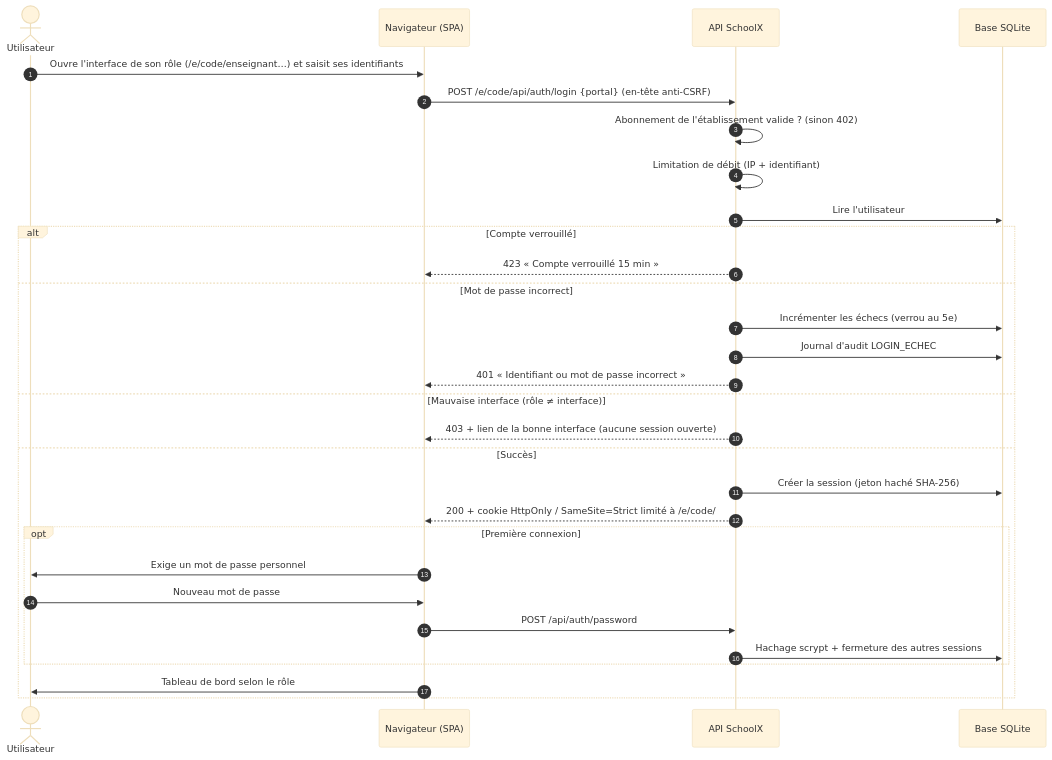
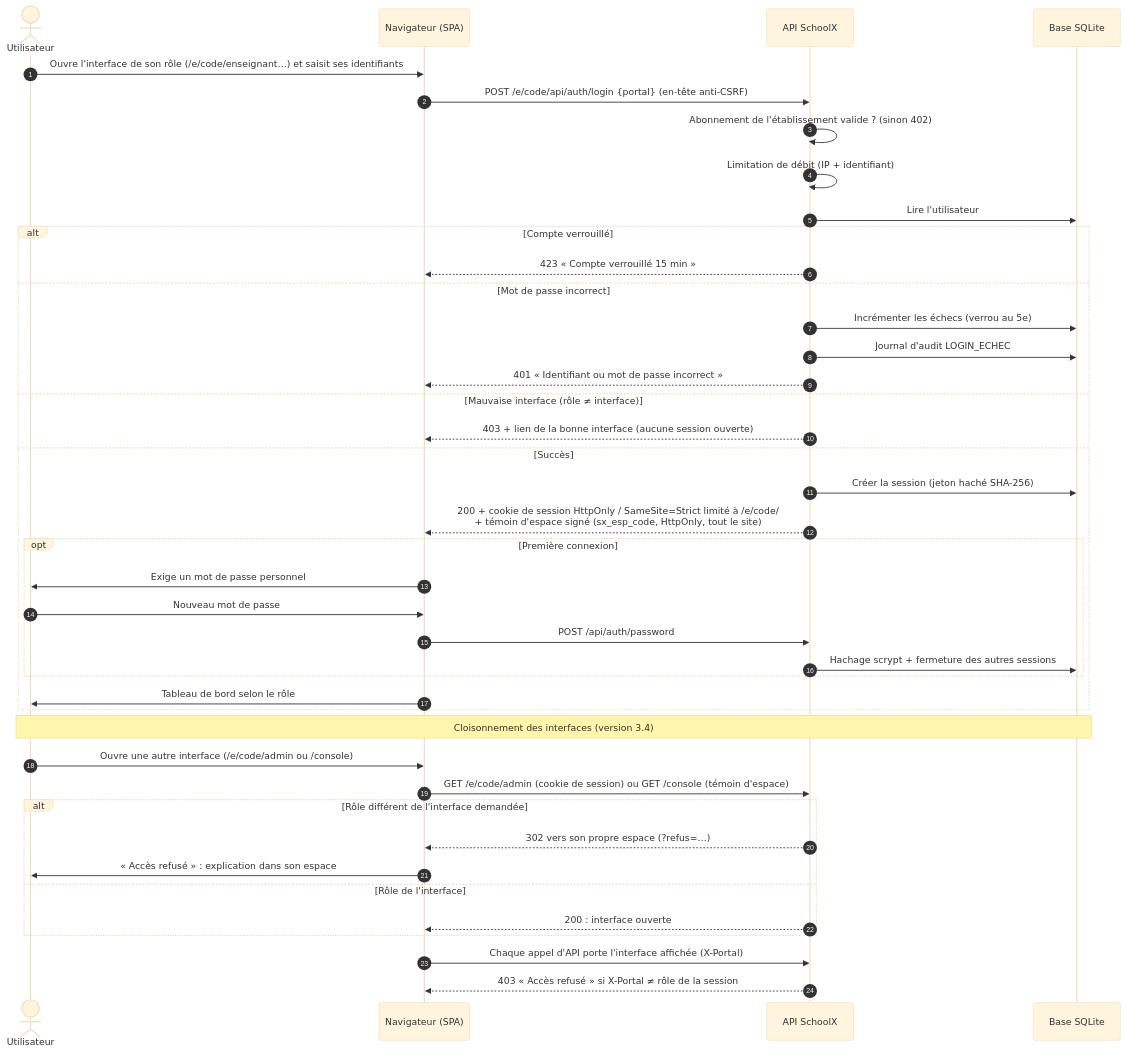
Before and after one commit to ANDJE30/MY_WORLD: the diagram in docs/uml/04_seq_authentification.mmd, drawn with Mermaid (base theme). The commit also changed 78 other files, not shown here.

```diff
--- a/docs/uml/04_seq_authentification.mmd
+++ b/docs/uml/04_seq_authentification.mmd
@@ -1,30 +1,41 @@
 sequenceDiagram
   autonumber
   actor U as Utilisateur
   participant N as Navigateur (SPA)
   participant API as API SchoolX
   participant DB as Base SQLite
   U->>N: Ouvre l'interface de son rôle (/e/code/enseignant…) et saisit ses identifiants
   N->>API: POST /e/code/api/auth/login {portal} (en-tête anti-CSRF)
   API->>API: Abonnement de l'établissement valide ? (sinon 402)
   API->>API: Limitation de débit (IP + identifiant)
   API->>DB: Lire l'utilisateur
   alt Compte verrouillé
     API-->>N: 423 « Compte verrouillé 15 min »
   else Mot de passe incorrect
     API->>DB: Incrémenter les échecs (verrou au 5e)
     API->>DB: Journal d'audit LOGIN_ECHEC
     API-->>N: 401 « Identifiant ou mot de passe incorrect »
   else Mauvaise interface (rôle ≠ interface)
     API-->>N: 403 + lien de la bonne interface (aucune session ouverte)
   else Succès
     API->>DB: Créer la session (jeton haché SHA-256)
-    API-->>N: 200 + cookie HttpOnly / SameSite=Strict limité à /e/code/
+    API-->>N: 200 + cookie de session HttpOnly / SameSite=Strict limité à /e/code/<br/>+ témoin d'espace signé (sx_esp_code, HttpOnly, tout le site)
     opt Première connexion
       N->>U: Exige un mot de passe personnel
       U->>N: Nouveau mot de passe
       N->>API: POST /api/auth/password
       API->>DB: Hachage scrypt + fermeture des autres sessions
     end
     N->>U: Tableau de bord selon le rôle
   end
+  Note over U,DB: Cloisonnement des interfaces (version 3.4)
+  U->>N: Ouvre une autre interface (/e/code/admin ou /console)
+  N->>API: GET /e/code/admin (cookie de session) ou GET /console (témoin d'espace)
+  alt Rôle différent de l'interface demandée
+    API-->>N: 302 vers son propre espace (?refus=…)
+    N->>U: « Accès refusé » : explication dans son espace
+  else Rôle de l'interface
+    API-->>N: 200 : interface ouverte
+  end
+  N->>API: Chaque appel d'API porte l'interface affichée (X-Portal)
+  API-->>N: 403 « Accès refusé » si X-Portal ≠ rôle de la session
```
